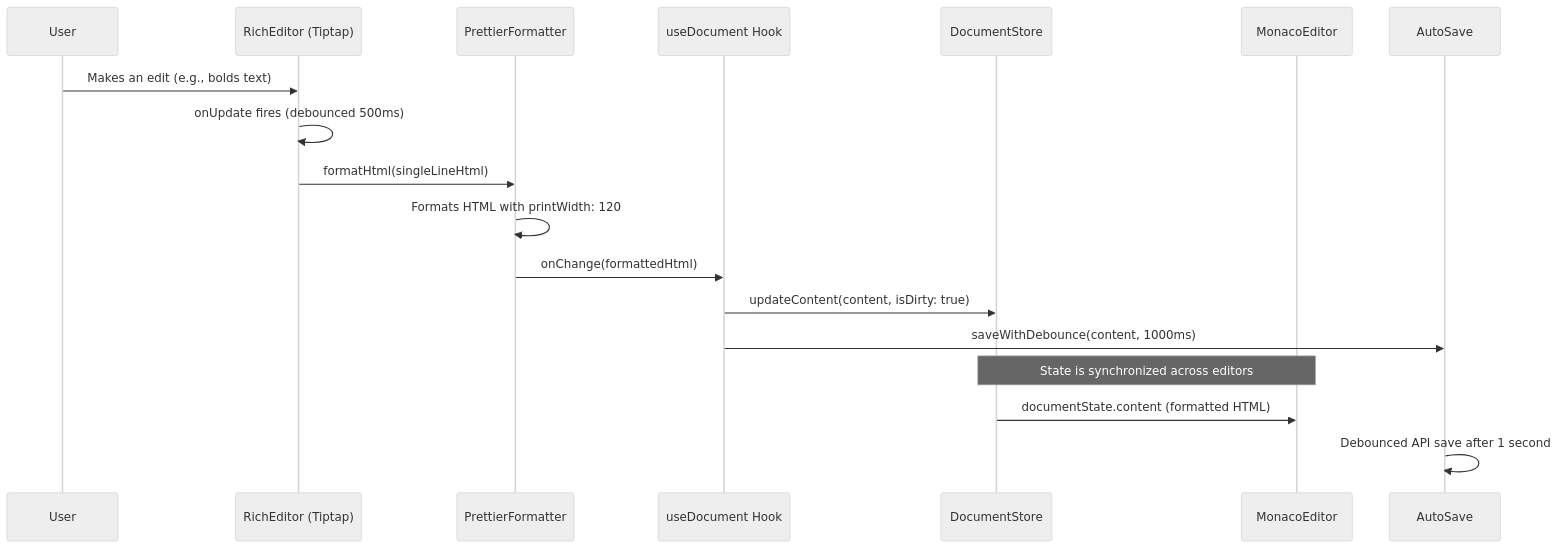
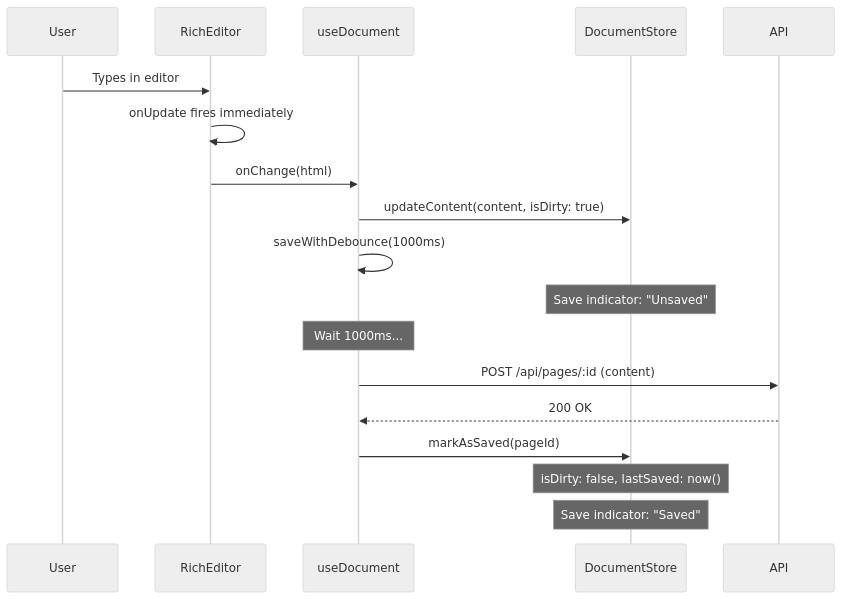
The first of 3 diagrams in docs/2.0-architecture/2.6-features/editor-architecture.md (2witstudios/PageSpace), drawn with Mermaid (neutral theme) before and after one commit. The commit also changed other lines of this file and 2 other files, not shown here.

````diff
--- a/docs/2.0-architecture/2.6-features/editor-architecture.md
+++ b/docs/2.0-architecture/2.6-features/editor-architecture.md
@@ -52,21 +430,23 @@
 ```mermaid
 sequenceDiagram
     participant User
-    participant RichEditor (Tiptap)
-    participant PrettierFormatter
-    participant useDocument Hook
+    participant RichEditor
+    participant useDocument
     participant DocumentStore
-    participant MonacoEditor
-    participant AutoSave
+    participant API
 
-    User->>RichEditor (Tiptap): Makes an edit (e.g., bolds text)
-    RichEditor (Tiptap)->>RichEditor (Tiptap): onUpdate fires (debounced 500ms)
-    RichEditor (Tiptap)->>PrettierFormatter: formatHtml(singleLineHtml)
-    PrettierFormatter->>PrettierFormatter: Formats HTML with printWidth: 120
-    PrettierFormatter->>useDocument Hook: onChange(formattedHtml)
-    useDocument Hook->>DocumentStore: updateContent(content, isDirty: true)
-    useDocument Hook->>AutoSave: saveWithDebounce(content, 1000ms)
-    Note over DocumentStore,MonacoEditor: State is synchronized across editors
-    DocumentStore->>MonacoEditor: documentState.content (formatted HTML)
-    AutoSave->>AutoSave: Debounced API save after 1 second
+    User->>RichEditor: Types in editor
+    RichEditor->>RichEditor: onUpdate fires immediately
+    RichEditor->>useDocument: onChange(html)
+    useDocument->>DocumentStore: updateContent(content, isDirty: true)
+    useDocument->>useDocument: saveWithDebounce(1000ms)
+    Note over DocumentStore: Save indicator: "Unsaved"
+
+    Note over useDocument: Wait 1000ms...
+
+    useDocument->>API: POST /api/pages/:id (content)
+    API-->>useDocument: 200 OK
+    useDocument->>DocumentStore: markAsSaved(pageId)
+    Note over DocumentStore: isDirty: false, lastSaved: now()
+    Note over DocumentStore: Save indicator: "Saved"
 ```
````
